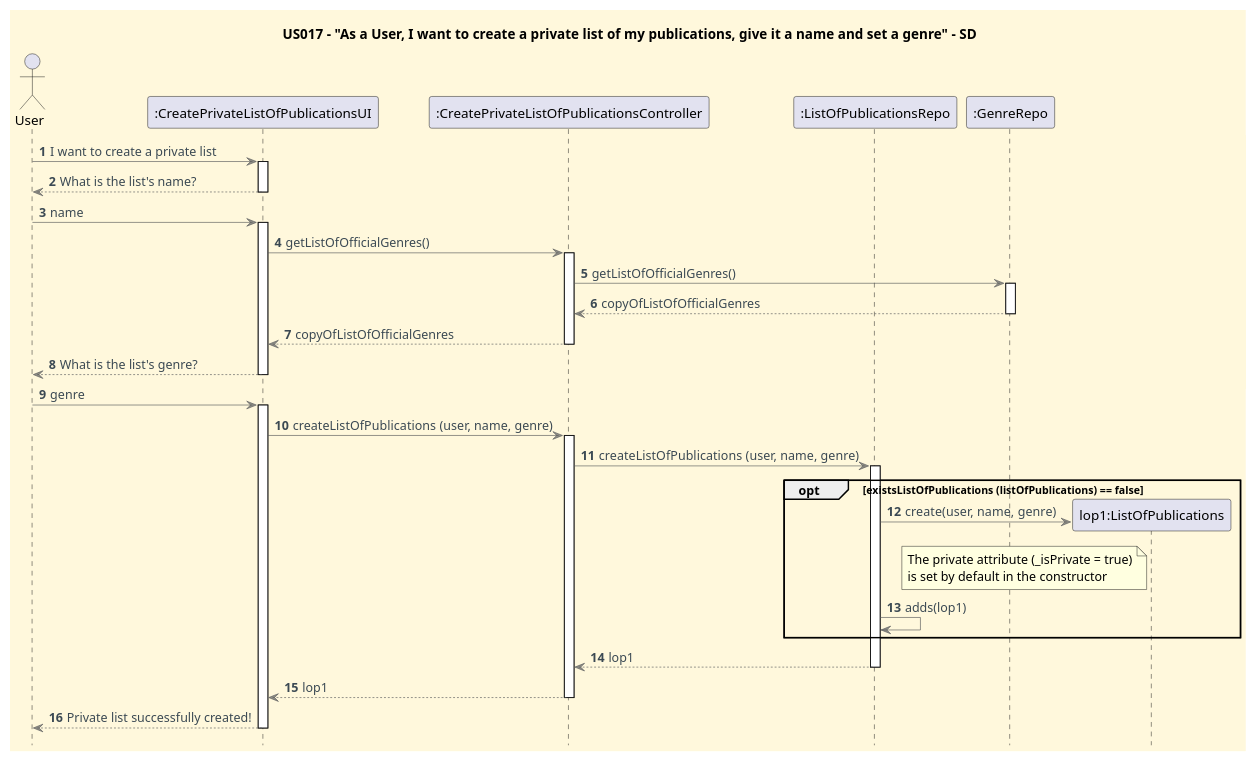
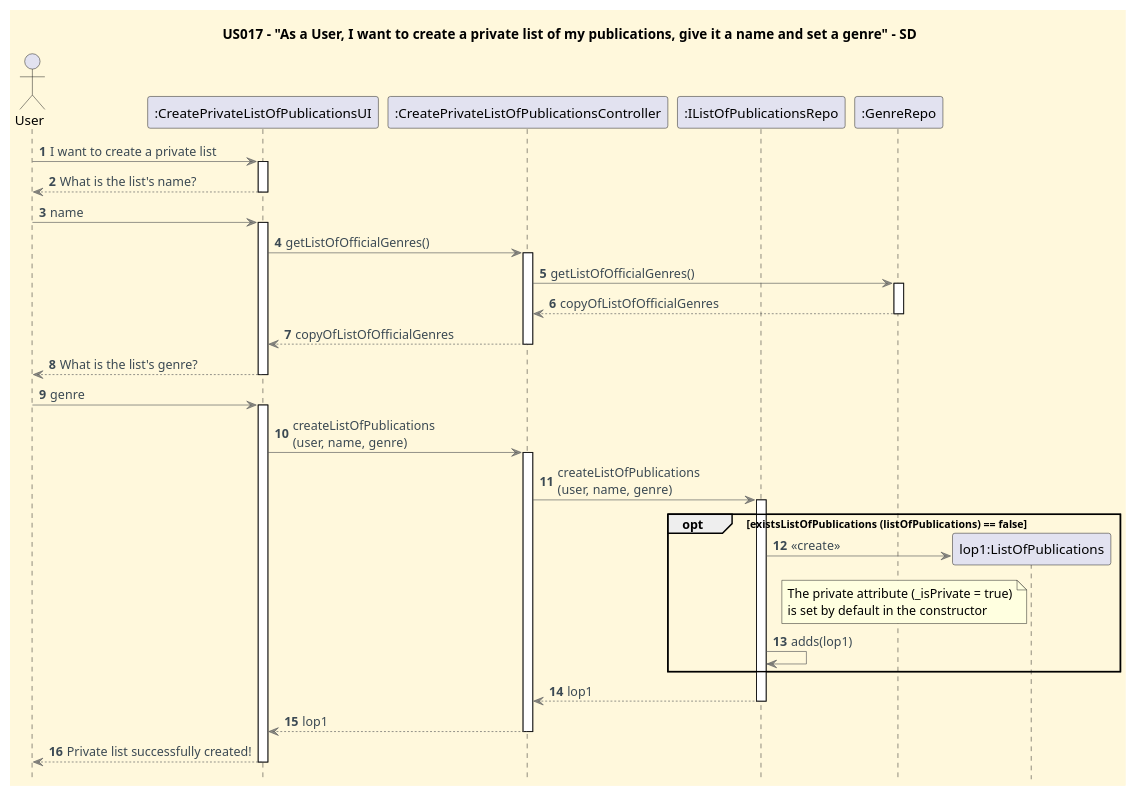
Before and after one commit to CarolinaLeite-collab/JavaMarketplacePlatform: the diagram in docs/userStories/US017/US017_to_create_a_private_list_SD.puml, drawn with PlantUML. The commit also changed 5 other files, not shown here.

Commit message:
docs(diagrams): #369: update SDs/CDs for US017, US019, US020 to use IListOfPublicationsRepo.

```diff
--- a/docs/userStories/US017/US017_to_create_a_private_list_SD.puml
+++ b/docs/userStories/US017/US017_to_create_a_private_list_SD.puml
@@ -1,77 +1,77 @@
 @startuml
 '==== Title ====
 title US017 - "As a User, I want to create a private list of my publications, give it a name and set a genre" - SD
 
 '==== basic style ====
 skinparam monochrome false
 
 skinparam defaultFontName Futura
 skinparam objectFontSize 20
 skinparam backgroundColor CornSilk
 skinparam objectBackgroundColor WhiteSmoke
 skinparam noteBackgroundColor #FFFFE0
 skinparam ArrowFontColor #3B4953
 skinparam ArrowColor #57595BAA
 
 hidefootbox
 autonumber
 autoactivate off
 
 ' ==== Actor and participants ====
 actor "User"
 
 participant ":CreatePrivateListOfPublicationsUI" as UI
 participant ":CreatePrivateListOfPublicationsController" as CTL
-participant ":ListOfPublicationsRepo" as LOPR
+participant ":IListOfPublicationsRepo" as LOPR
 participant ":GenreRepo" as GR
 
 '==== UI interaction ====
 "User" -> UI: I want to create a private list
 activate UI
 
 "User" <-- UI: What is the list's name?
 deactivate UI
 
 "User" -> UI: name
 activate UI
 UI -> CTL: getListOfOfficialGenres()
 activate CTL
 CTL -> GR: getListOfOfficialGenres()
 activate GR
 CTL <-- GR: copyOfListOfOfficialGenres
 deactivate GR
 UI <-- CTL: copyOfListOfOfficialGenres
 deactivate CTL
 
 "User" <-- UI: What is the list's genre?
 deactivate UI
 "User" -> UI: genre
 activate UI
 
 '==== Use case execution ====
-UI -> CTL: createListOfPublications (user, name, genre)
+UI -> CTL: createListOfPublications\n(user, name, genre)
 activate CTL
-CTL -> LOPR: createListOfPublications (user, name, genre)
+CTL -> LOPR: createListOfPublications\n(user, name, genre)
 activate LOPR
 
     opt existsListOfPublications (listOfPublications) == false
 
         create "lop1:ListOfPublications" as lop1
-        LOPR -> lop1: create(user, name, genre)
+        LOPR -> lop1: <<create>>
         note left of lop1
                   The private attribute (_isPrivate = true)
                   is set by default in the constructor
               end note
         LOPR -> LOPR: adds(lop1)
     end
 
 
 
 CTL <-- LOPR: lop1
 deactivate LOPR
 UI <-- CTL: lop1
 deactivate CTL
 
 "User" <-- UI: Private list successfully created!
 deactivate UI
 @enduml
```
